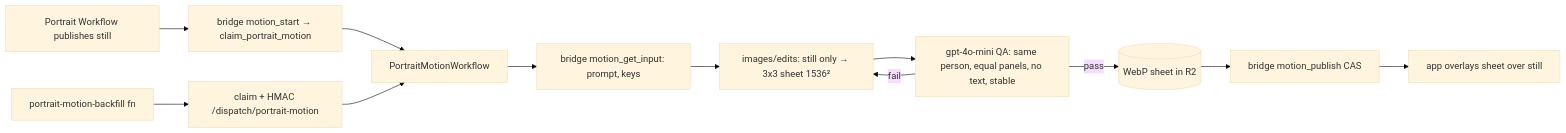
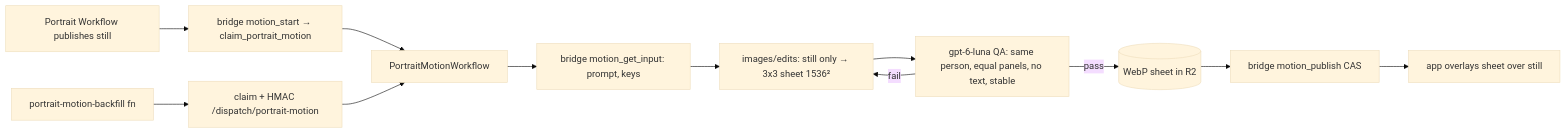
The diagram in docs/features/living-portraits.md (eduardoyi/newmomora), drawn with Mermaid (base theme) before and after one commit. The commit also changed 27 other files, not shown here.

First line of the commit message:
Illustrations: camera director; routine chat/vision on gpt-6-luna

````diff
--- a/docs/features/living-portraits.md
+++ b/docs/features/living-portraits.md
@@ -32,14 +32,14 @@
 ```mermaid
 flowchart LR
   Publish[Portrait Workflow publishes still] --> Start[bridge motion_start → claim_portrait_motion]
   Backfill[portrait-motion-backfill fn] --> Claim[claim + HMAC /dispatch/portrait-motion]
   Start --> MW[PortraitMotionWorkflow]
   Claim --> MW
   MW --> Input[bridge motion_get_input: prompt, keys]
   Input --> Edit[images/edits: still only → 3x3 sheet 1536²]
-  Edit --> QA[gpt-4o-mini QA: same person, equal panels, no text, stable]
+  Edit --> QA[gpt-6-luna QA: same person, equal panels, no text, stable]
   QA -- fail --> Edit
   QA -- pass --> R2[(WebP sheet in R2)]
   R2 --> Pub[bridge motion_publish CAS]
   Pub --> App[app overlays sheet over still]
 ```
````
